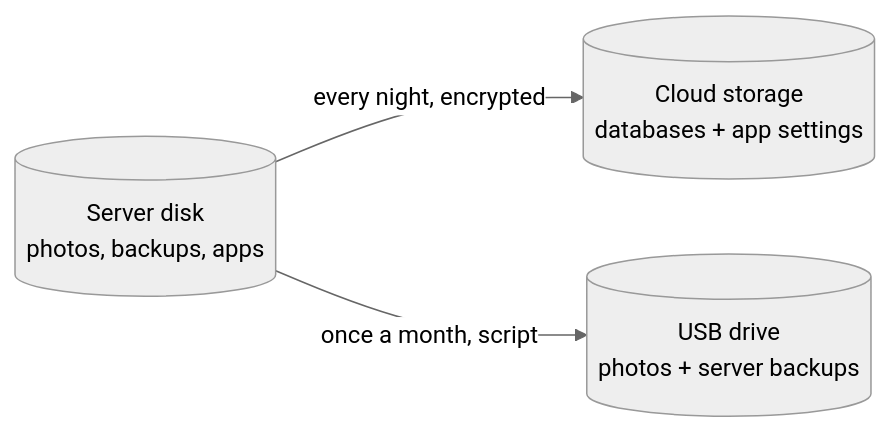
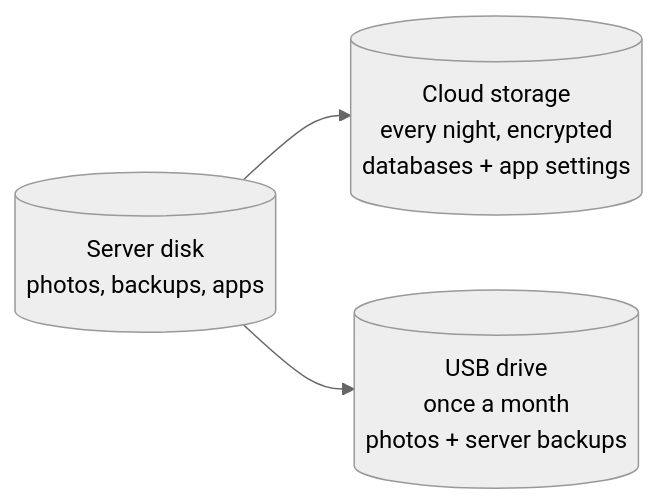
The diagram in content/posts/offsite-backup-budget.md (ernestopoca14/ernestopoca14.github.io), drawn with Mermaid (neutral theme) before and after one commit. The commit also changed 2 other files, not shown here.

Commit message:
Diagrams: labels inside the boxes, no text on arrows (#14)

````diff
--- a/content/posts/offsite-backup-budget.md
+++ b/content/posts/offsite-backup-budget.md
@@ -14,5 +14,5 @@
 ```mermaid
 flowchart LR
-  S[(Server disk<br/>photos, backups, apps)] -->|every night, encrypted| C[(Cloud storage<br/>databases + app settings)]
-  S -->|once a month, script| U[(USB drive<br/>photos + server backups)]
+  S[(Server disk<br/>photos, backups, apps)] --> C[(Cloud storage<br/>every night, encrypted<br/>databases + app settings)]
+  S --> U[(USB drive<br/>once a month<br/>photos + server backups)]
 ```
````
